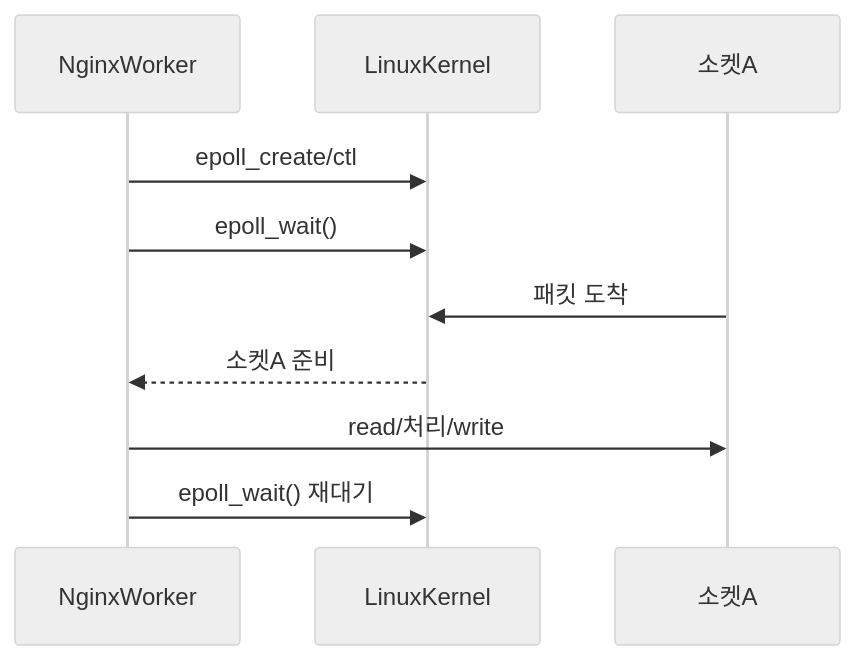
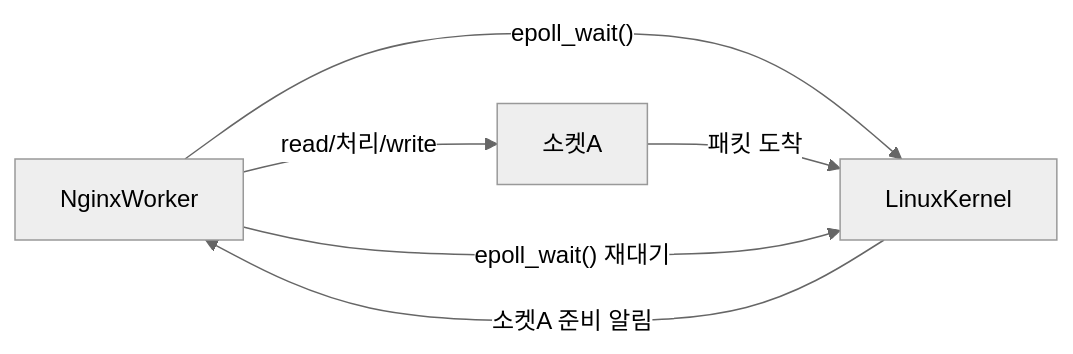
The third of 18 diagrams in _posts/server/2026-05-01-nginx.md (yjkim2015/yjkim2015.github.io), drawn with Mermaid (neutral theme) before and after one commit. The commit also changed other lines of this file and 32 other files, not shown here.

First line of the commit message:
sequenceDiagram 82개 → graph LR 변환 완료

````diff
--- a/_posts/server/2026-05-01-nginx.md
+++ b/_posts/server/2026-05-01-nginx.md
@@ -66,12 +66,8 @@
 ```mermaid
-sequenceDiagram
-    participant W as NginxWorker
-    participant K as LinuxKernel
-    participant S1 as 소켓A
-    W->>K: epoll_create/ctl
-    W->>K: epoll_wait()
-    S1->>K: 패킷 도착
-    K-->>W: 소켓A 준비
-    W->>S1: read/처리/write
-    W->>K: epoll_wait() 재대기
+graph LR
+    W["NginxWorker"] -->|"epoll_wait()"| K["LinuxKernel"]
+    S1["소켓A"] -->|"패킷 도착"| K
+    K -->|"소켓A 준비 알림"| W
+    W -->|"read/처리/write"| S1
+    W -->|"epoll_wait() 재대기"| K
 ```
````
